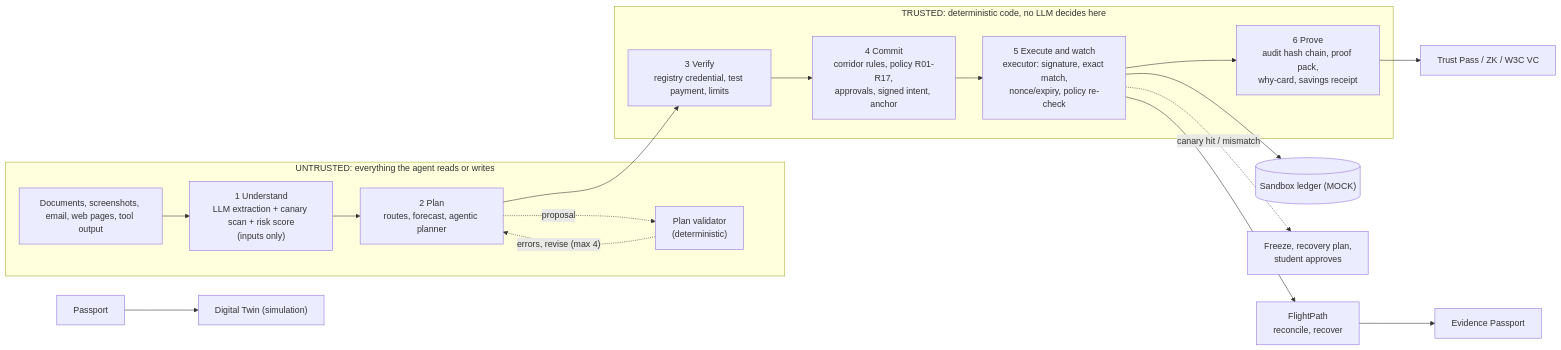
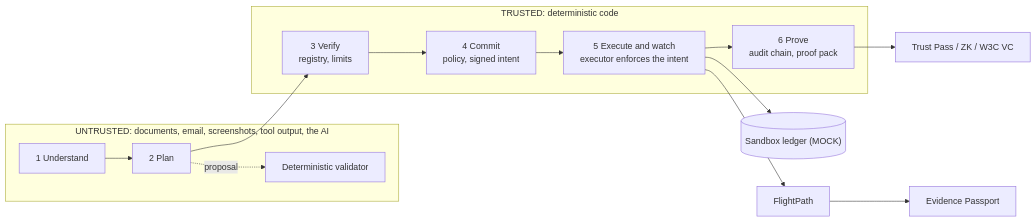
Before and after one commit to gk-936/oasis: the diagram in README.md, drawn with Mermaid. The commit also changed other lines of this file and 102 other files, not shown here.

````diff
--- a/README.md
+++ b/README.md
@@ -190,21 +44,13 @@
 ```mermaid
 flowchart LR
-  subgraph U["UNTRUSTED: everything the agent reads or writes"]
-    D["Documents, screenshots, email, web pages, tool output"] --> S1["1 Understand<br/>LLM extraction + canary scan + risk score<br/>(inputs only)"]
-    S1 --> S2["2 Plan<br/>routes, forecast, agentic planner"]
-    S2 -. "proposal" .-> V["Plan validator<br/>(deterministic)"]
-    V -. "errors, revise (max 4)" .-> S2
+  subgraph U["UNTRUSTED: documents, email, screenshots, tool output, the AI"]
+    S1["1 Understand"] --> S2["2 Plan"] -. proposal .-> V["Deterministic validator"]
   end
   S2 --> S3
-  subgraph T["TRUSTED: deterministic code, no LLM decides here"]
-    S3["3 Verify<br/>registry credential, test payment, limits"] --> S4["4 Commit<br/>corridor rules, policy R01-R17,<br/>approvals, signed intent, anchor"]
-    S4 --> S5["5 Execute and watch<br/>executor: signature, exact match,<br/>nonce/expiry, policy re-check"]
-    S5 --> S6["6 Prove<br/>audit hash chain, proof pack,<br/>why-card, savings receipt"]
+  subgraph T["TRUSTED: deterministic code"]
+    S3["3 Verify<br/>registry, limits"] --> S4["4 Commit<br/>policy, signed intent"] --> S5["5 Execute and watch<br/>executor enforces the intent"] --> S6["6 Prove<br/>audit chain, proof pack"]
   end
   S5 --> L[("Sandbox ledger (MOCK)")]
-  S5 -. "canary hit / mismatch" .-> F["Freeze, recovery plan,<br/>student approves"]
-  S5 --> FP["FlightPath<br/>reconcile, recover"]
-  FP --> EP["Evidence Passport"]
+  S5 --> FP["FlightPath"] --> EP["Evidence Passport"]
   S6 --> TP["Trust Pass / ZK / W3C VC"]
-  P["Passport"] --> TW["Digital Twin (simulation)"]
 ```
````
